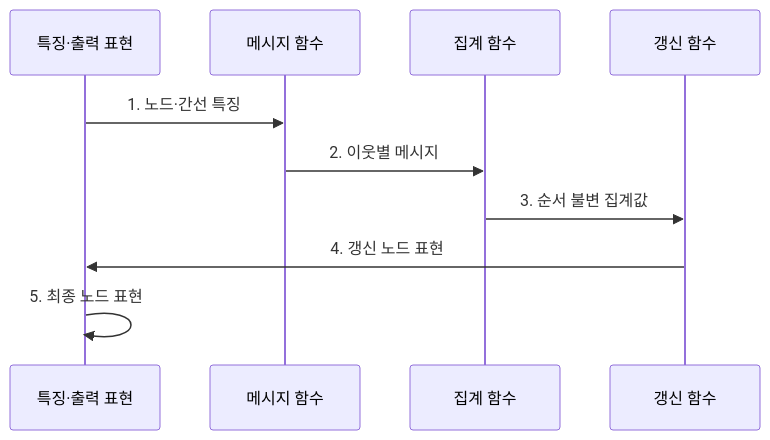
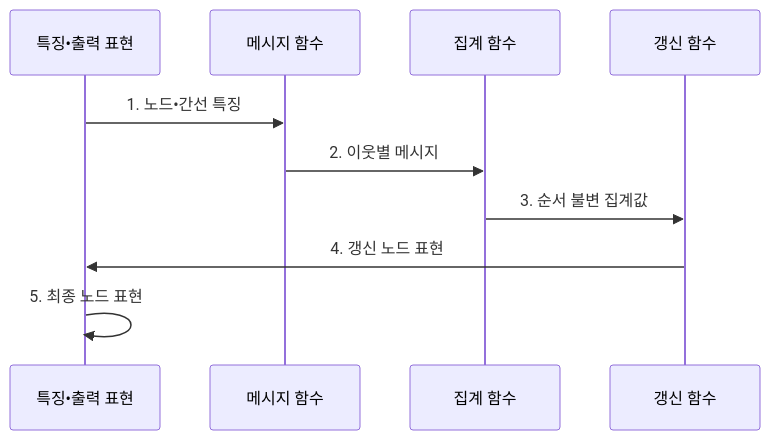
The second of 2 diagrams in src/content/docs/notes/08-latest-tech/094_graph_neural_network.md (agnusdei1207/knowledge-base), drawn with Mermaid before and after one commit. The commit also changed other lines of this file and 953 other files, not shown here.

````diff
--- a/src/content/docs/notes/08-latest-tech/094_graph_neural_network.md
+++ b/src/content/docs/notes/08-latest-tech/094_graph_neural_network.md
@@ -105,12 +105,12 @@
 ```mermaid
 sequenceDiagram
-  participant F as 특징·출력 표현
+  participant F as 특징•출력 표현
   participant M as 메시지 함수
   participant A as 집계 함수
   participant U as 갱신 함수
-  F->>M: 1. 노드·간선 특징
+  F->>M: 1. 노드•간선 특징
   M->>A: 2. 이웃별 메시지
   A->>U: 3. 순서 불변 집계값
   U->>F: 4. 갱신 노드 표현
   F->>F: 5. 최종 노드 표현
 ```
````
